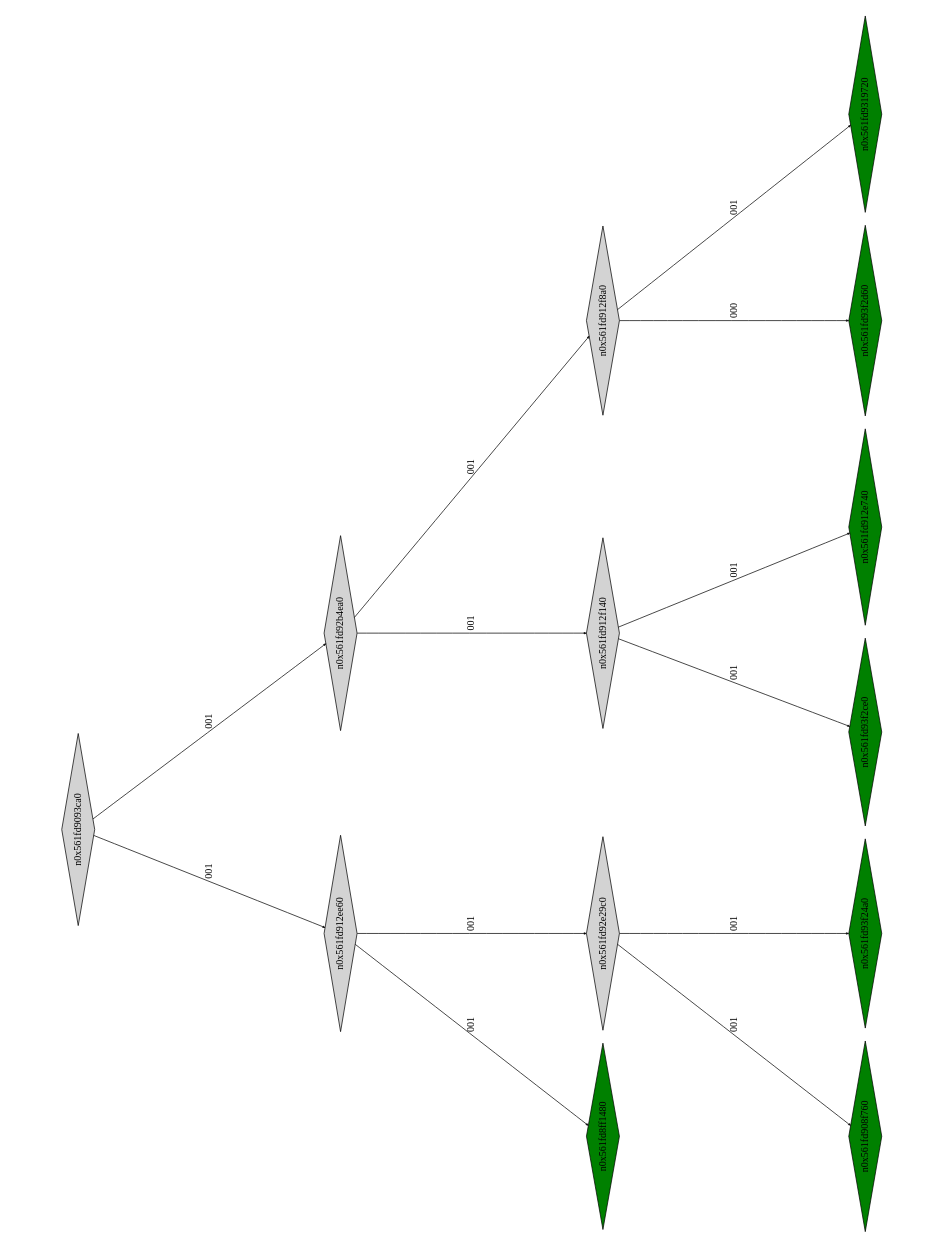
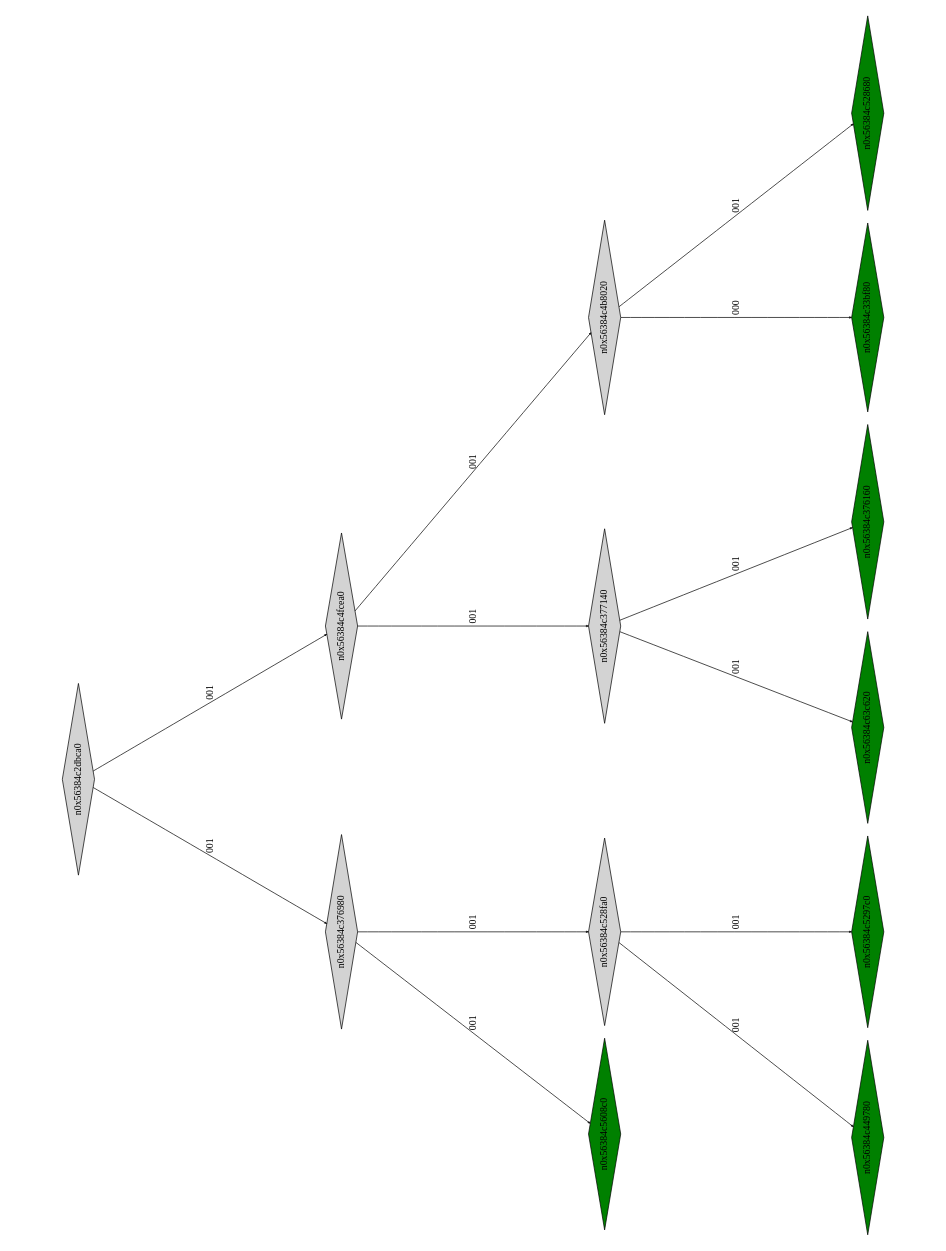
One commit to Research-Tools-PAVT/PSE-Program-Examples changed the diagram in montyhall_klee_out/ptree_00001056.dot. Above: the diagram before and after it, drawn with Graphviz. The commit also changed 101 other files, not shown here.

```diff
--- a/montyhall_klee_out/ptree_00001056.dot
+++ b/montyhall_klee_out/ptree_00001056.dot
@@ -1,33 +1,33 @@
 digraph G {
 	size="10,7.5";
 	ratio=fill;
 	rotate=90;
 	center = "true";
 	node [style="filled",width=.1,height=.1,fontname="Terminus"]
 	edge [arrowsize=.3]
-	n0x561fd9093ca0 [shape=diamond];
-	n0x561fd9093ca0 -> n0x561fd912ee60 [label=001];
-	n0x561fd9093ca0 -> n0x561fd92b4ea0 [label=001];
-	n0x561fd92b4ea0 [shape=diamond];
-	n0x561fd92b4ea0 -> n0x561fd912f140 [label=001];
-	n0x561fd92b4ea0 -> n0x561fd912f8a0 [label=001];
-	n0x561fd912f8a0 [shape=diamond];
-	n0x561fd912f8a0 -> n0x561fd93f2d60 [label=000];
-	n0x561fd912f8a0 -> n0x561fd9319720 [label=001];
-	n0x561fd9319720 [shape=diamond,fillcolor=green];
-	n0x561fd93f2d60 [shape=diamond,fillcolor=green];
-	n0x561fd912f140 [shape=diamond];
-	n0x561fd912f140 -> n0x561fd93f2ce0 [label=001];
-	n0x561fd912f140 -> n0x561fd912e740 [label=001];
-	n0x561fd912e740 [shape=diamond,fillcolor=green];
-	n0x561fd93f2ce0 [shape=diamond,fillcolor=green];
-	n0x561fd912ee60 [shape=diamond];
-	n0x561fd912ee60 -> n0x561fd8ff1480 [label=001];
-	n0x561fd912ee60 -> n0x561fd92e29c0 [label=001];
-	n0x561fd92e29c0 [shape=diamond];
-	n0x561fd92e29c0 -> n0x561fd908f760 [label=001];
-	n0x561fd92e29c0 -> n0x561fd93f24a0 [label=001];
-	n0x561fd93f24a0 [shape=diamond,fillcolor=green];
-	n0x561fd908f760 [shape=diamond,fillcolor=green];
-	n0x561fd8ff1480 [shape=diamond,fillcolor=green];
+	n0x56384c2dbca0 [shape=diamond];
+	n0x56384c2dbca0 -> n0x56384c376980 [label=001];
+	n0x56384c2dbca0 -> n0x56384c4fcea0 [label=001];
+	n0x56384c4fcea0 [shape=diamond];
+	n0x56384c4fcea0 -> n0x56384c377140 [label=001];
+	n0x56384c4fcea0 -> n0x56384c4b8020 [label=001];
+	n0x56384c4b8020 [shape=diamond];
+	n0x56384c4b8020 -> n0x56384c33bf80 [label=000];
+	n0x56384c4b8020 -> n0x56384c528680 [label=001];
+	n0x56384c528680 [shape=diamond,fillcolor=green];
+	n0x56384c33bf80 [shape=diamond,fillcolor=green];
+	n0x56384c377140 [shape=diamond];
+	n0x56384c377140 -> n0x56384c63c620 [label=001];
+	n0x56384c377140 -> n0x56384c376160 [label=001];
+	n0x56384c376160 [shape=diamond,fillcolor=green];
+	n0x56384c63c620 [shape=diamond,fillcolor=green];
+	n0x56384c376980 [shape=diamond];
+	n0x56384c376980 -> n0x56384c5608c0 [label=001];
+	n0x56384c376980 -> n0x56384c528fa0 [label=001];
+	n0x56384c528fa0 [shape=diamond];
+	n0x56384c528fa0 -> n0x56384c449780 [label=001];
+	n0x56384c528fa0 -> n0x56384c5297c0 [label=001];
+	n0x56384c5297c0 [shape=diamond,fillcolor=green];
+	n0x56384c449780 [shape=diamond,fillcolor=green];
+	n0x56384c5608c0 [shape=diamond,fillcolor=green];
 }
```
